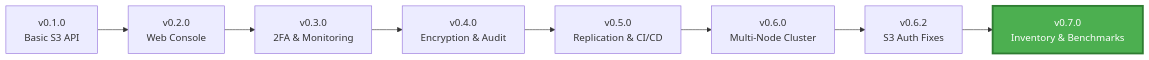
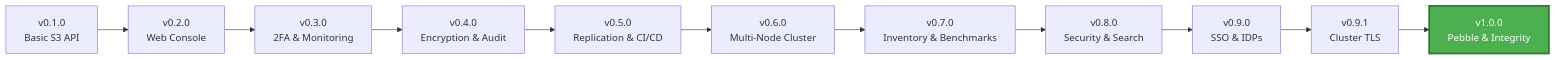
One commit to MaxIOFS/.github changed the diagram in profile/README.md. Above: the diagram before and after it, drawn with Mermaid. The commit also changed other lines of this file, not shown here.

````diff
--- a/profile/README.md
+++ b/profile/README.md
@@ -451,12 +546,15 @@
 ```mermaid
 graph LR
     A[v0.1.0<br/>Basic S3 API] --> B[v0.2.0<br/>Web Console]
     B --> C[v0.3.0<br/>2FA & Monitoring]
     C --> D[v0.4.0<br/>Encryption & Audit]
     D --> E[v0.5.0<br/>Replication & CI/CD]
     E --> F[v0.6.0<br/>Multi-Node Cluster]
-    F --> G[v0.6.2<br/>S3 Auth Fixes]
-    G --> H[v0.7.0<br/>Inventory & Benchmarks]
+    F --> G[v0.7.0<br/>Inventory & Benchmarks]
+    G --> H[v0.8.0<br/>Security & Search]
+    H --> I[v0.9.0<br/>SSO & IDPs]
+    I --> J[v0.9.1<br/>Cluster TLS]
+    J --> K[v1.0.0<br/>Pebble & Integrity]
 
-    style H fill:#4CAF50,stroke:#2E7D32,stroke-width:3px,color:#fff
+    style K fill:#4CAF50,stroke:#2E7D32,stroke-width:3px,color:#fff
 ```
````
